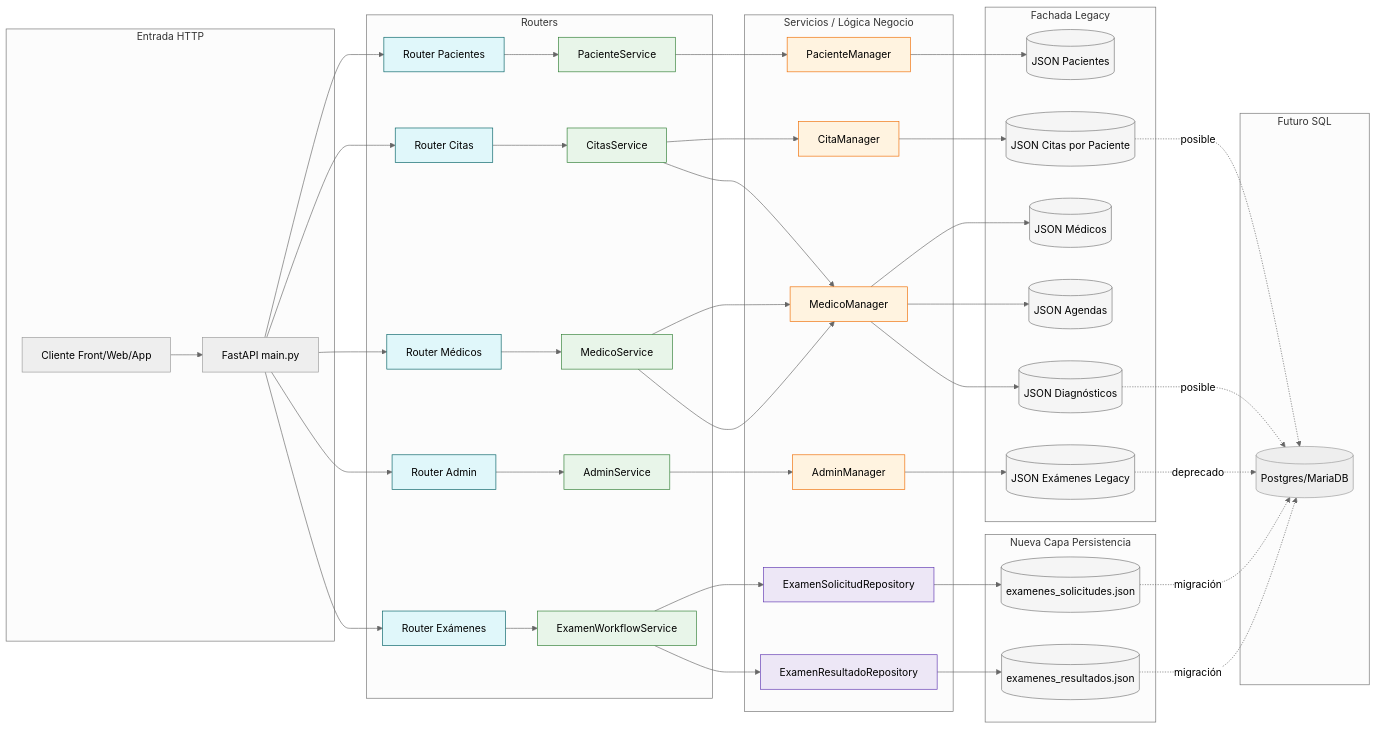
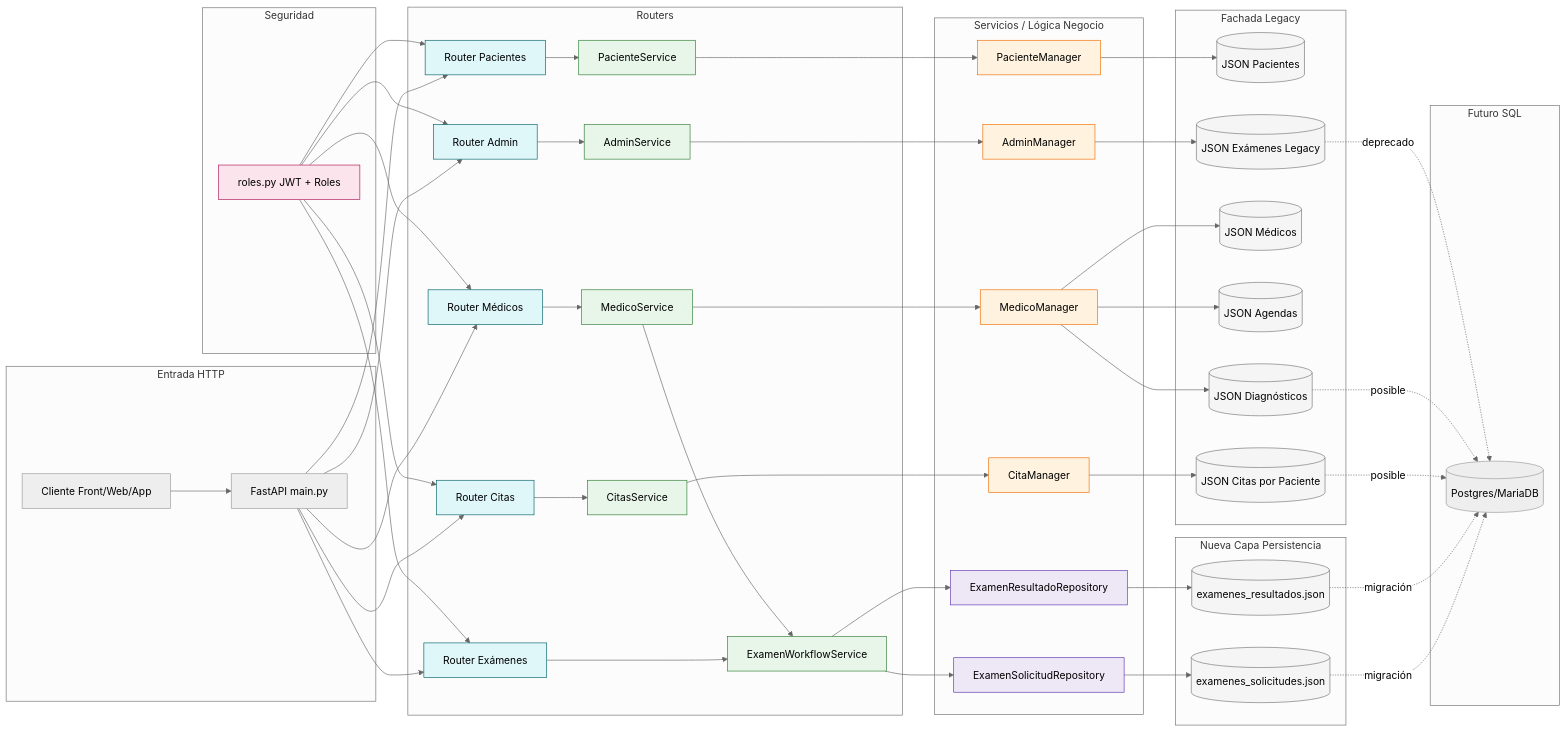
The diagram in documentation/flujo_arquitectura.mmd (AlzateAndicaSebastian/AWS_deploy_SaludVital), drawn with Mermaid (neutral theme) before and after one commit. The commit also changed 25 other files, not shown here.

```diff
--- a/documentation/flujo_arquitectura.mmd
+++ b/documentation/flujo_arquitectura.mmd
@@ -1,62 +1,73 @@
 flowchart LR
     subgraph Entrada[Entrada HTTP]
         A[Cliente Front/Web/App] --> B[FastAPI main.py]
     end
     B --> R1[Router Pacientes]
     B --> R2[Router Citas]
     B --> R3[Router Médicos]
     B --> R4[Router Admin]
     B --> R5[Router Exámenes]
+
+    subgraph Seguridad[Seguridad]
+        Sec[roles.py JWT + Roles]
+    end
+
+    Sec --> R1
+    Sec --> R2
+    Sec --> R3
+    Sec --> R4
+    Sec --> R5
 
     subgraph Routers
         R1 --> S1[PacienteService]
         R2 --> S2[CitasService]
         R3 --> S3[MedicoService]
         R4 --> S4[AdminService]
         R5 --> S5[ExamenWorkflowService]
     end
 
     subgraph Servicios[Servicios / Lógica Negocio]
         S2 --> M2[CitaManager]
         S3 --> M3[MedicoManager]
         S4 --> M4[AdminManager]
         S1 --> M1[PacienteManager]
         S5 --> RepoExSol[ExamenSolicitudRepository]
         S5 --> RepoExRes[ExamenResultadoRepository]
-        S3 --> M3
-        S2 --> M3
+        S3 --> S5
     end
 
     subgraph Managers[Fachada Legacy]
         M1 --> FilesPacientes[(JSON Pacientes)]
         M2 --> FilesCitas[(JSON Citas por Paciente)]
         M3 --> FilesMedicos[(JSON Médicos)]
         M3 --> FilesAgendas[(JSON Agendas)]
         M3 --> FilesDiagnosticos[(JSON Diagnósticos)]
         M4 --> FilesExamenesLegacy[(JSON Exámenes Legacy)]
     end
 
     subgraph Repositorios[Nueva Capa Persistencia]
         RepoExSol --> FileExSol[(examenes_solicitudes.json)]
         RepoExRes --> FileExRes[(examenes_resultados.json)]
     end
 
     subgraph Futuro[Futuro SQL]
         FileExSol -. migración .-> SQL[(Postgres/MariaDB)]
         FileExRes -. migración .-> SQL
         FilesCitas -. posible .-> SQL
         FilesDiagnosticos -. posible .-> SQL
         FilesExamenesLegacy -. deprecado .-> SQL
     end
 
     classDef router fill:#e0f7fa,stroke:#006064,color:#000
     classDef service fill:#e8f5e9,stroke:#2e7d32,color:#000
     classDef manager fill:#fff3e0,stroke:#ef6c00,color:#000
     classDef repo fill:#ede7f6,stroke:#5e35b1,color:#000
     classDef file fill:#f5f5f5,stroke:#757575,color:#000
+    classDef security fill:#fce4ec,stroke:#ad1457,color:#000
 
     class R1,R2,R3,R4,R5 router
     class S1,S2,S3,S4,S5 service
     class M1,M2,M3,M4 manager
     class RepoExSol,RepoExRes repo
     class FilesPacientes,FilesCitas,FilesMedicos,FilesAgendas,FilesDiagnosticos,FilesExamenesLegacy,FileExSol,FileExRes file
+    class Sec security
```
